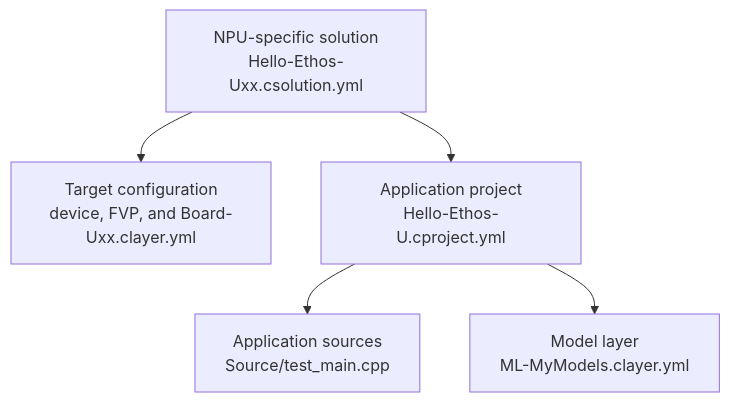
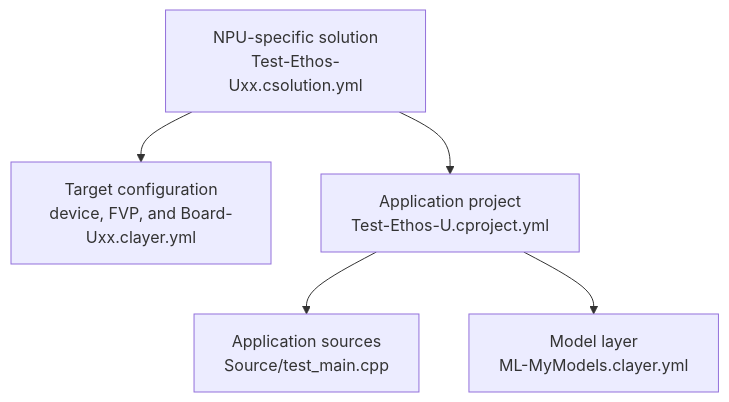
Before and after one commit to VladimirUmek/Ethos-U: the second of 3 diagrams in documentation/doxygen/integration/src/main.md, drawn with Mermaid. The commit also changed other lines of this file and 12 other files, not shown here.

Commit message:
Renamed example to Test-Ethos-U

````diff
--- a/documentation/doxygen/integration/src/main.md
+++ b/documentation/doxygen/integration/src/main.md
@@ -102,7 +102,7 @@
 ```mermaid
 flowchart TD
-    solution["NPU-specific solution<br/>Hello-Ethos-Uxx.csolution.yml"] --> target["Target configuration<br/>device, FVP, and Board-Uxx.clayer.yml"]
-    solution --> project["Application project<br/>Hello-Ethos-U.cproject.yml"]
+    solution["NPU-specific solution<br/>Test-Ethos-Uxx.csolution.yml"] --> target["Target configuration<br/>device, FVP, and Board-Uxx.clayer.yml"]
+    solution --> project["Application project<br/>Test-Ethos-U.cproject.yml"]
     project --> sources["Application sources<br/>Source/test_main.cpp"]
     project --> model["Model layer<br/>ML-MyModels.clayer.yml"]
 ```
````
